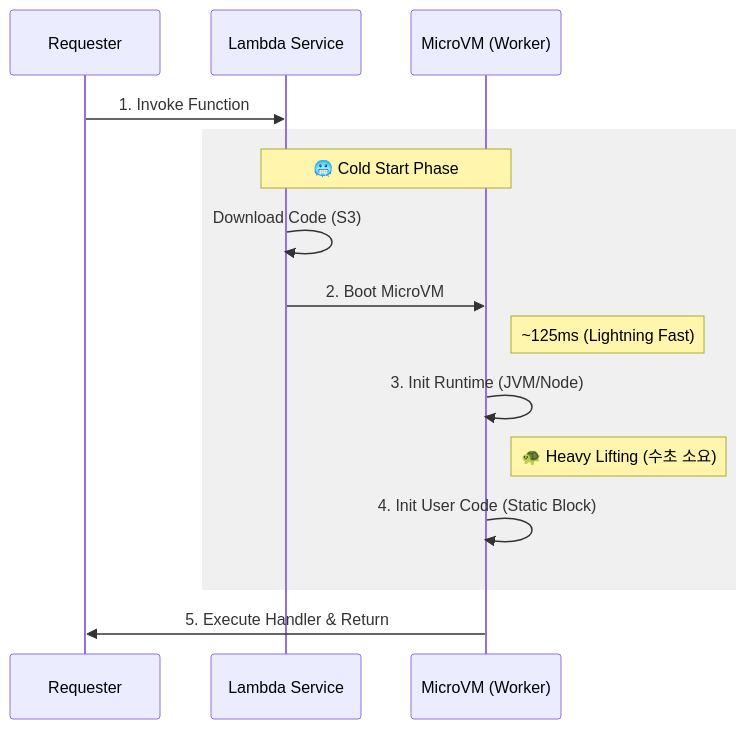
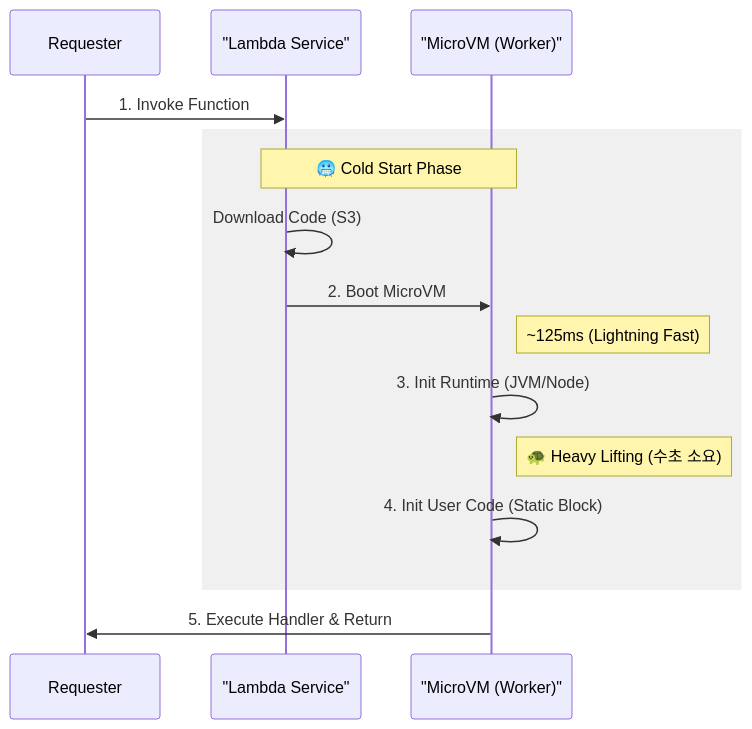
The second of 2 diagrams in content/learning/deep-dive/deep-dive-serverless-internals.md (jyukki97/study-blog), drawn with Mermaid before and after one commit. The commit also changed other lines of this file and 23 other files, not shown here.

Commit message:
feat: improve mobile UX with collapsible TOC and fix mermaid syntax errors

````diff
--- a/content/learning/deep-dive/deep-dive-serverless-internals.md
+++ b/content/learning/deep-dive/deep-dive-serverless-internals.md
@@ -62,21 +62,21 @@
 ```mermaid
 sequenceDiagram
     participant Requester
-    participant AWS_Lambda as Lambda Service
-    participant Firecracker as MicroVM (Worker)
+    participant AWS_Lambda as "Lambda Service"
+    participant Firecracker as "MicroVM (Worker)"
     
     Requester->>AWS_Lambda: 1. Invoke Function
     
     rect rgb(240, 240, 240)
     Note over AWS_Lambda, Firecracker: 🥶 Cold Start Phase
     AWS_Lambda->>AWS_Lambda: Download Code (S3)
     AWS_Lambda->>Firecracker: 2. Boot MicroVM
     Note right of Firecracker: ~125ms (Lightning Fast)
     
     Firecracker->>Firecracker: 3. Init Runtime (JVM/Node)
     Note right of Firecracker: 🐢 Heavy Lifting (수초 소요)
     Firecracker->>Firecracker: 4. Init User Code (Static Block)
     end
     
     Firecracker->>Requester: 5. Execute Handler & Return
 ```
````
